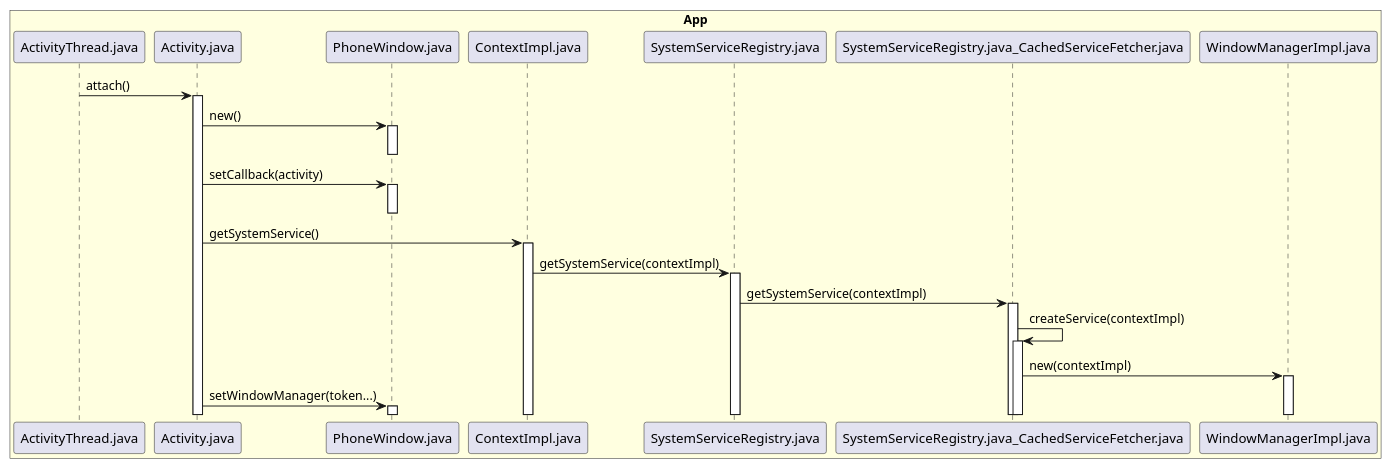
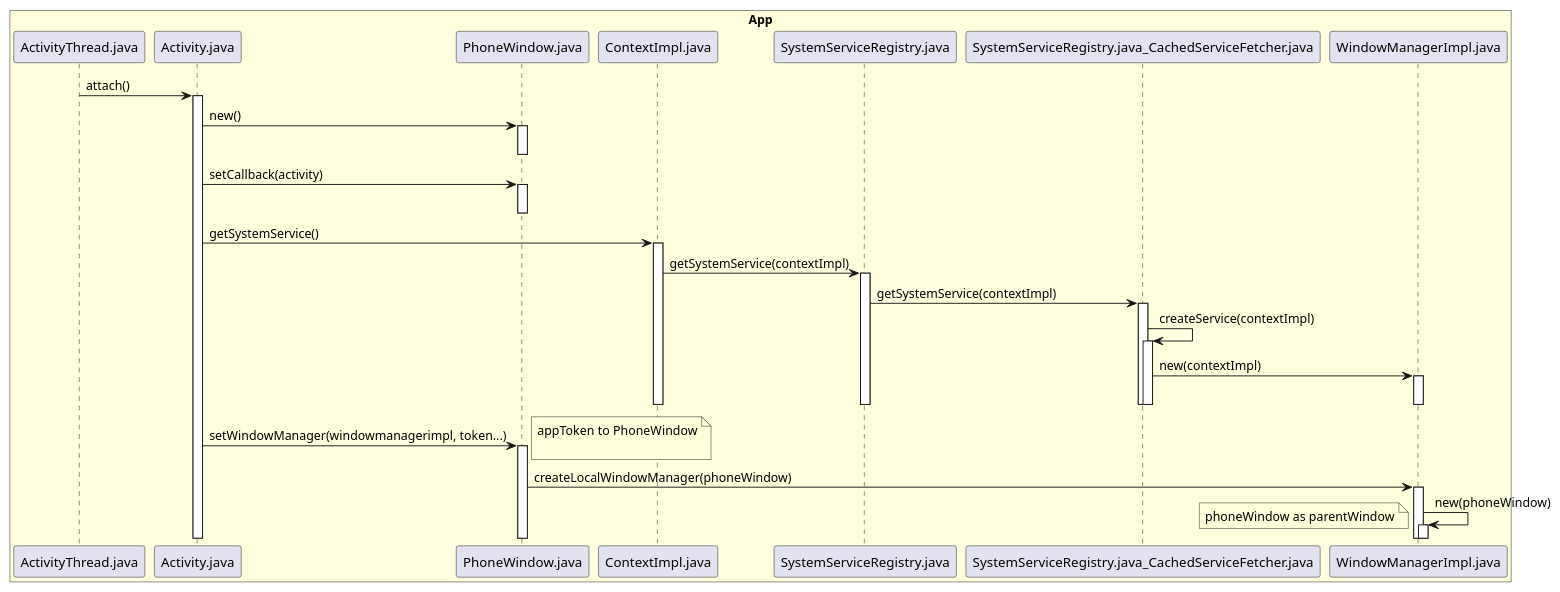
Before and after one commit to javalive09/UML: the diagram in android11/startactivity/StartActivity_7.1.1.0.puml, drawn with PlantUML. The commit also changed 83 other files, not shown here.

Commit message:
update uml

```diff
--- a/android11/startactivity/StartActivity_7.1.1.0.puml
+++ b/android11/startactivity/StartActivity_7.1.1.0.puml
@@ -1,38 +1,54 @@
 @startuml
 
 box "App" #LightYellow
 participant ActivityThread.java
 participant Activity.java
 participant PhoneWindow.java
 participant ContextImpl.java
 participant SystemServiceRegistry.java
 participant SystemServiceRegistry.java_CachedServiceFetcher.java
 participant WindowManagerImpl.java
 end box
 
 ActivityThread.java -> Activity.java:attach()
 activate Activity.java
 Activity.java -> PhoneWindow.java:new()
 activate PhoneWindow.java
 
 
 deactivate PhoneWindow.java
 Activity.java -> PhoneWindow.java:setCallback(activity)
 activate PhoneWindow.java
 deactivate PhoneWindow.java
 
 Activity.java -> ContextImpl.java:getSystemService()
 activate ContextImpl.java
 ContextImpl.java -> SystemServiceRegistry.java:getSystemService(contextImpl)
 activate SystemServiceRegistry.java
 SystemServiceRegistry.java -> SystemServiceRegistry.java_CachedServiceFetcher.java:getSystemService(contextImpl)
 activate SystemServiceRegistry.java_CachedServiceFetcher.java
 SystemServiceRegistry.java_CachedServiceFetcher.java -> SystemServiceRegistry.java_CachedServiceFetcher.java:createService(contextImpl)
 activate SystemServiceRegistry.java_CachedServiceFetcher.java
 SystemServiceRegistry.java_CachedServiceFetcher.java -> WindowManagerImpl.java:new(contextImpl)
 activate WindowManagerImpl.java
+deactivate ContextImpl.java
+deactivate SystemServiceRegistry.java
+deactivate SystemServiceRegistry.java_CachedServiceFetcher.java
+deactivate SystemServiceRegistry.java_CachedServiceFetcher.java
+deactivate WindowManagerImpl.java
 
-Activity.java -> PhoneWindow.java:setWindowManager(token...)
+Activity.java -> PhoneWindow.java:setWindowManager(windowmanagerimpl, token...)
 activate PhoneWindow.java
+note right
+appToken to PhoneWindow
+
+end note
+PhoneWindow.java -> WindowManagerImpl.java:createLocalWindowManager(phoneWindow)
+activate WindowManagerImpl.java
+WindowManagerImpl.java -> WindowManagerImpl.java:new(phoneWindow)
+activate WindowManagerImpl.java
+note left
+phoneWindow as parentWindow
+end note
 
 @enduml
```
